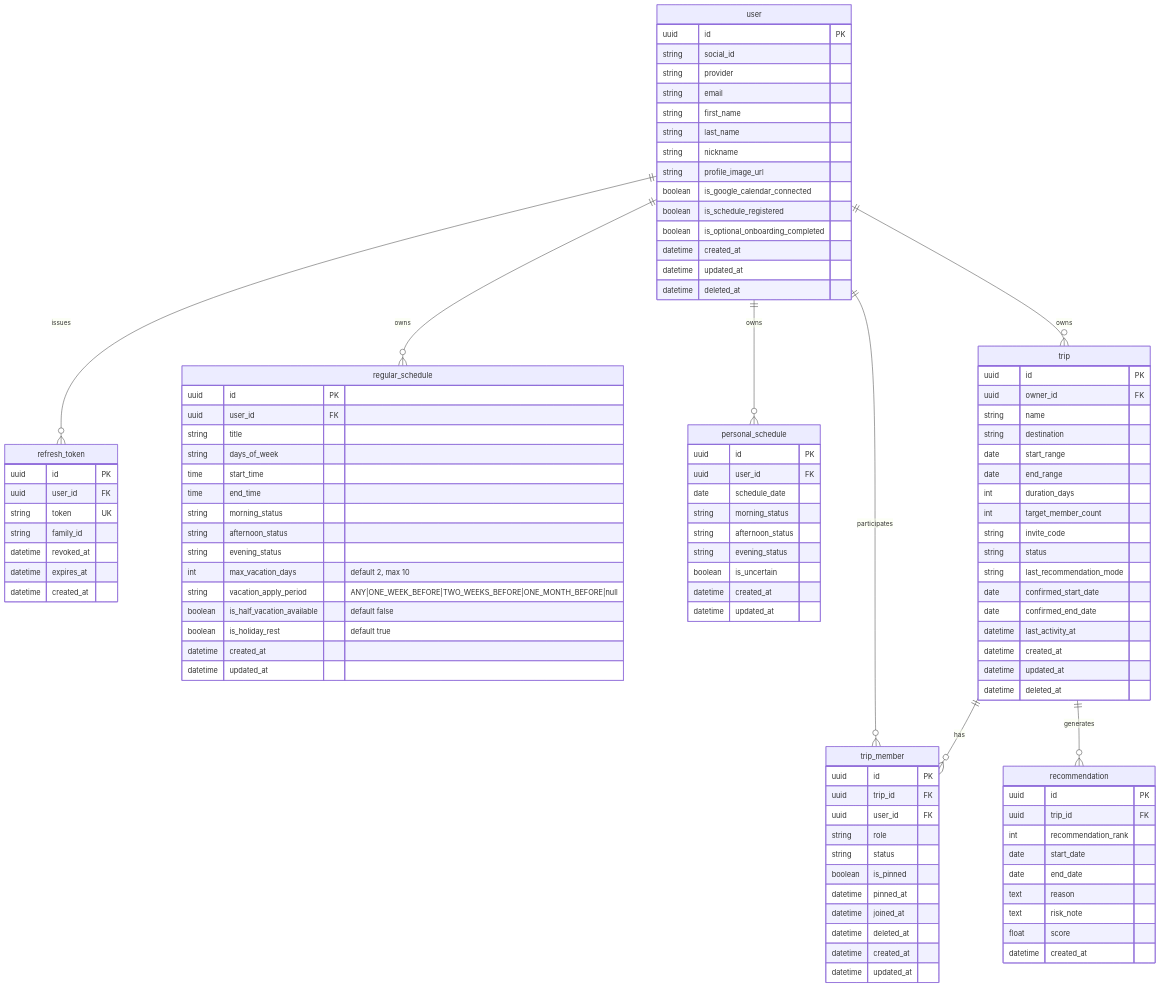
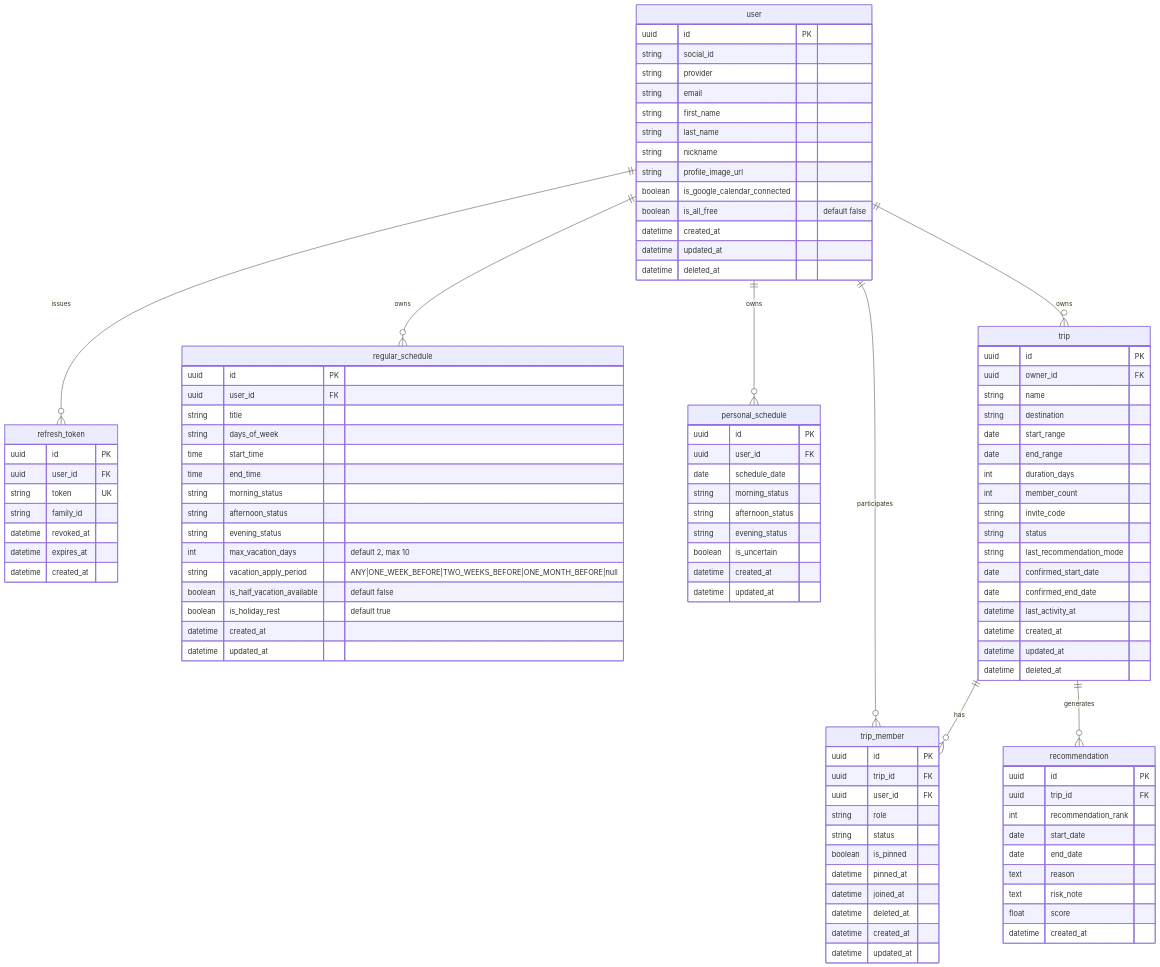
The diagram in docs/architecture/erd.md (Central-MakeUs/TripFit-server), drawn with Mermaid before and after one commit. The commit also changed other lines of this file and 21 other files, not shown here.

```diff
--- a/docs/architecture/erd.md
+++ b/docs/architecture/erd.md
@@ -35,8 +35,7 @@
         string nickname
         string profile_image_url
         boolean is_google_calendar_connected
-        boolean is_schedule_registered
-        boolean is_optional_onboarding_completed
+        boolean is_all_free "default false"
         datetime created_at
         datetime updated_at
         datetime deleted_at
@@ -90,7 +89,7 @@
         date start_range
         date end_range
         int duration_days
-        int target_member_count
+        int member_count
         string invite_code
         string status
         string last_recommendation_mode
```
